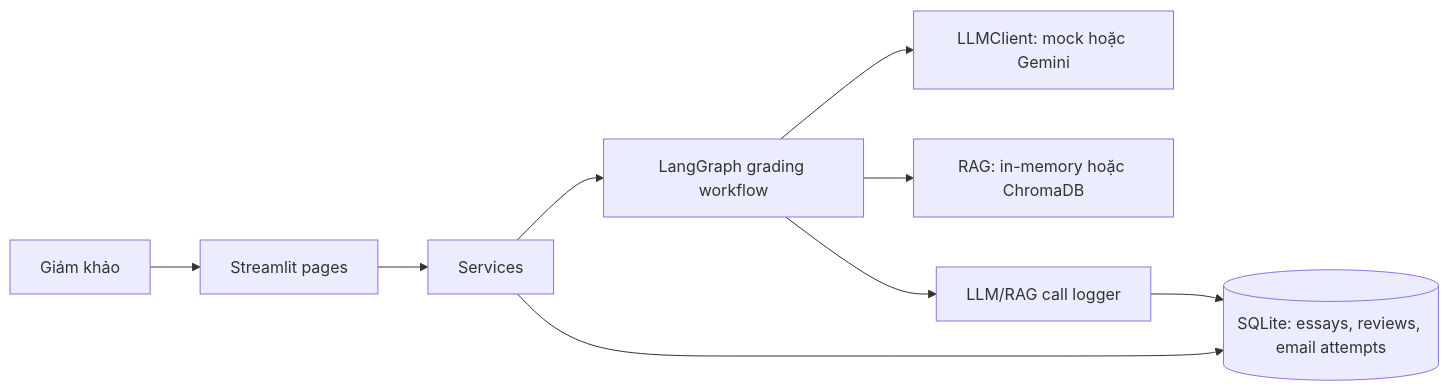
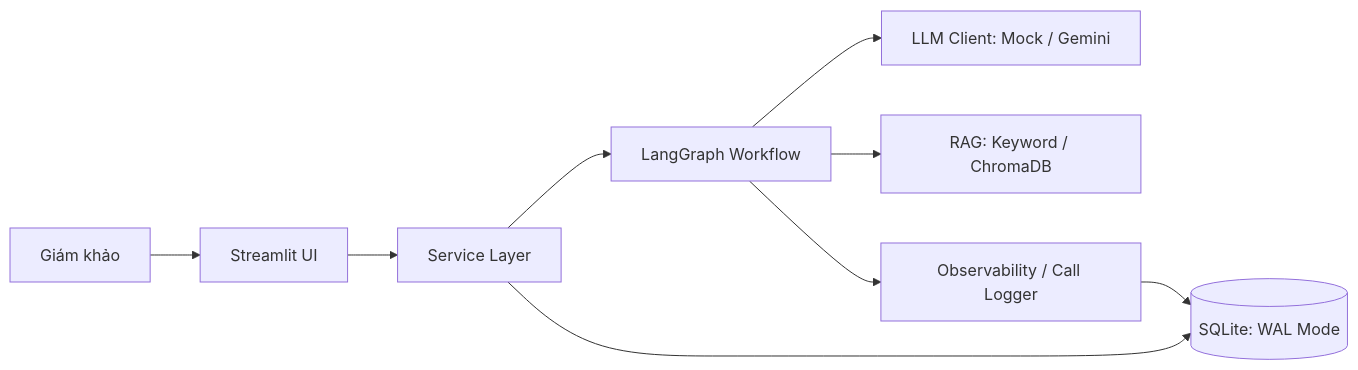
The diagram in README.md (qminh-06/ielts-writing-ai), drawn with Mermaid before and after one commit. The commit also changed other lines of this file, not shown here.

````diff
--- a/README.md
+++ b/README.md
@@ -16,11 +11,11 @@
 ```mermaid
 flowchart LR
-    UI[Streamlit pages] --> S[Services]
-    S --> G[LangGraph grading workflow]
-    G --> L[LLMClient: mock hoặc Gemini]
-    G --> R[RAG: in-memory hoặc ChromaDB]
-    S --> DB[(SQLite: essays, reviews, email attempts)]
-    G --> O[LLM/RAG call logger]
+    UI[Streamlit UI] --> S[Service Layer]
+    S --> G[LangGraph Workflow]
+    G --> L[LLM Client: Mock / Gemini]
+    G --> R[RAG: Keyword / ChromaDB]
+    S --> DB[(SQLite: WAL Mode)]
+    G --> O[Observability / Call Logger]
     O --> DB
     E[Giám khảo] --> UI
 ```
````
